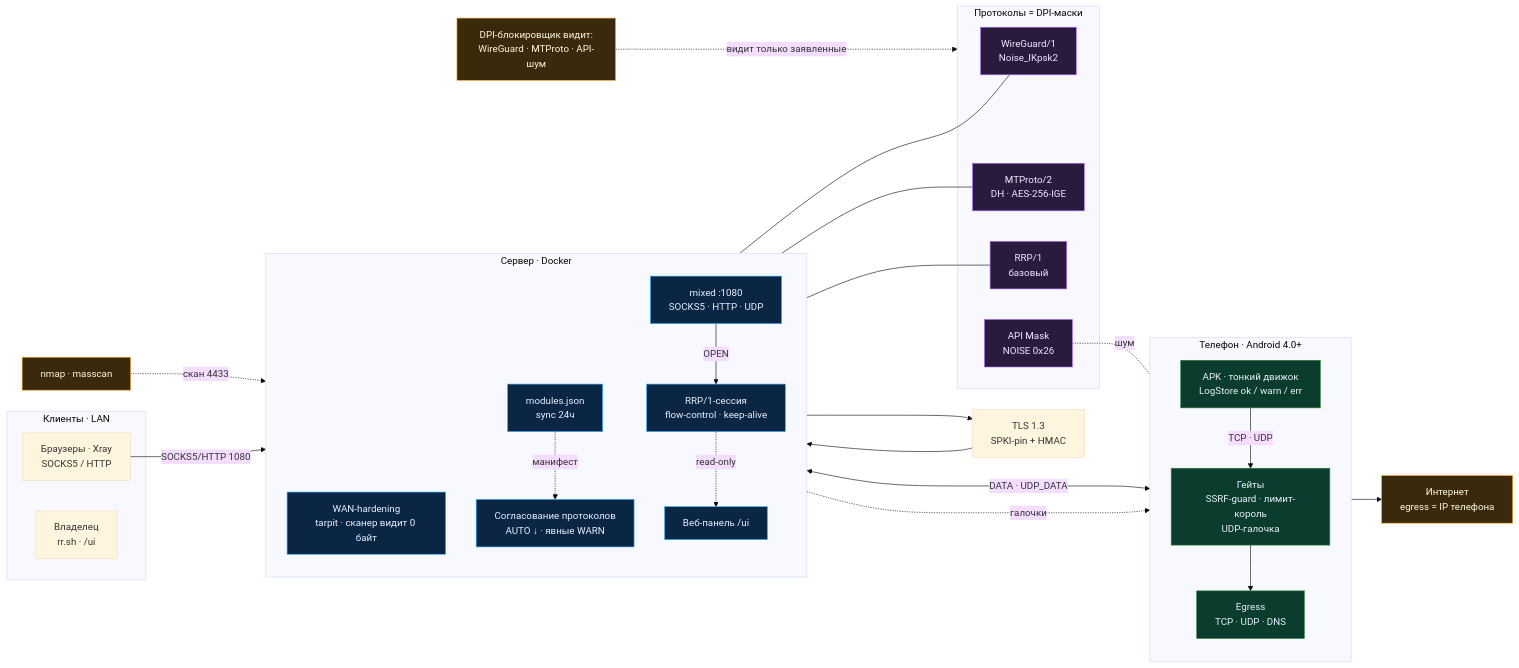
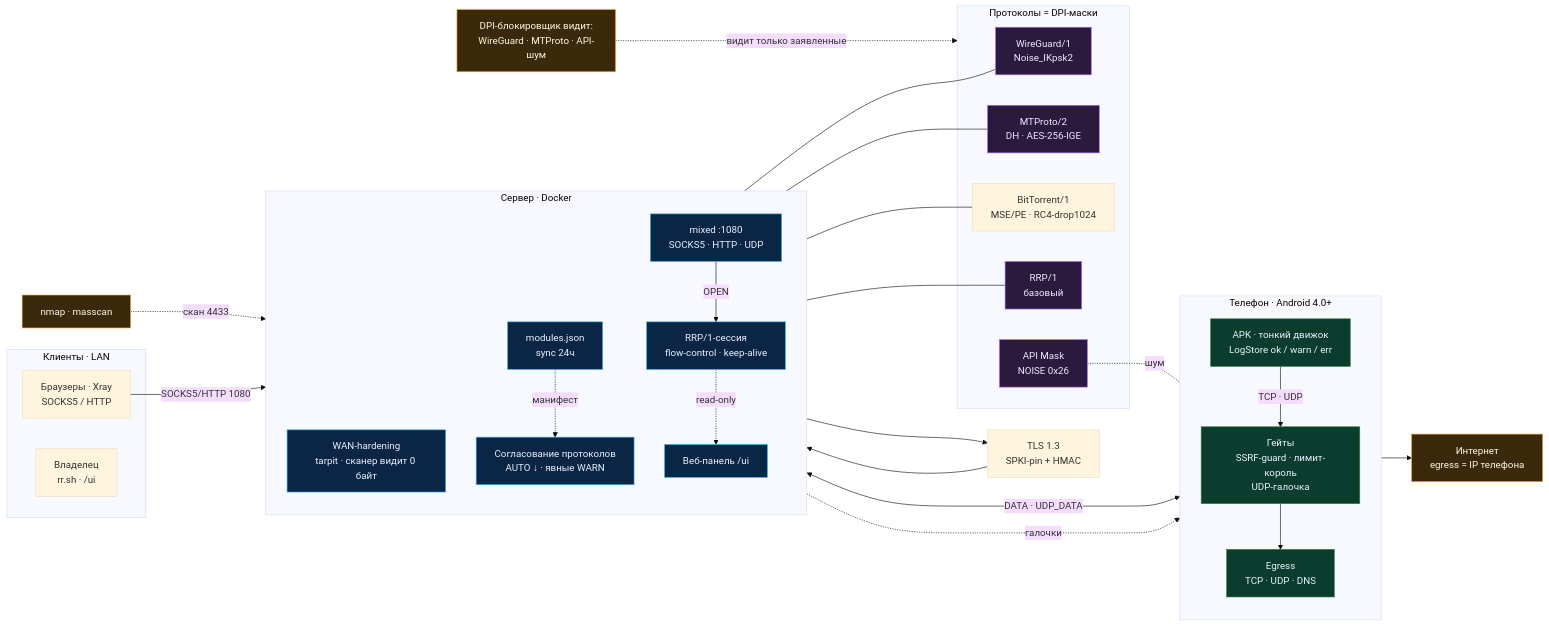
One commit to stelgen/reverseray changed the first of 2 diagrams in README.md. Above: the diagram before and after it, drawn with Mermaid (base theme). The commit also changed other lines of this file and 28 other files, not shown here.

````diff
--- a/README.md
+++ b/README.md
@@ -72,55 +73,57 @@
 ```mermaid
 flowchart LR
     subgraph LAN["Клиенты · LAN"]
         APPS["Браузеры · Xray<br/>SOCKS5 / HTTP"]
         ADMIN["Владелец<br/>rr.sh · /ui"]
     end
     subgraph VPS["Сервер · Docker"]
         direction TB
         HARD["WAN-hardening<br/>tarpit · сканер видит 0 байт"]
         MIXED["mixed :1080<br/>SOCKS5 · HTTP · UDP"]
         NEG["Согласование протоколов<br/>AUTO ↓ · явные WARN"]
         RRP["RRP/1-сессия<br/>flow-control · keep-alive"]
         SYNC["modules.json<br/>sync 24ч"]
         UI["Веб-панель /ui"]
     end
     subgraph PHONE["Телефон · Android 4.0+"]
         direction TB
         APK["APK · тонкий движок<br/>LogStore ok / warn / err"]
         GATE["Гейты<br/>SSRF-guard · лимит-король<br/>UDP-галочка"]
         EGRESS["Egress<br/>TCP · UDP · DNS"]
     end
     subgraph MASKS["Протоколы = DPI-маски"]
         WG["WireGuard/1<br/>Noise_IKpsk2"]
         MT["MTProto/2<br/>DH · AES-256-IGE"]
+        BT["BitTorrent/1<br/>MSE/PE · RC4-drop1024"]
         R1["RRP/1<br/>базовый"]
         NOISE["API Mask<br/>NOISE 0x26"]
     end
     DPI["DPI-блокировщик видит:<br/>WireGuard · MTProto · API-шум"]
     SCAN["nmap · masscan"]
     NET["Интернет<br/>egress = IP телефона"]
     SCAN -."скан 4433" .-> HARD
     APPS -- "SOCKS5/HTTP 1080" --> MIXED
     MIXED -- "OPEN" --> RRP
     RRP -- "DATA · UDP_DATA" <--> APK
     APK -- "TCP · UDP" --> GATE
     GATE --> EGRESS --> NET
     P2["TLS 1.3<br/>SPKI-pin + HMAC"]
     HARD --> P2 --> NEG
     NEG --- WG
     NEG --- MT
+    NEG --- BT
     NEG --- R1
     NOISE -."шум" .- APK
     SYNC -."манифест" .-> NEG
     SYNC -."галочки" .-> APK
     RRP -."read-only" .-> UI
     DPI -."видит только заявленные" .-> MASKS
     classDef vps fill:#0b2545,stroke:#35B6FF,color:#EAF2FF
     classDef phone fill:#0b3d2e,stroke:#2E7D32,color:#EAF2FF
     classDef mask fill:#2a1a3e,stroke:#B26BFF,color:#F2EAFF
     classDef net fill:#3a2a0b,stroke:#F9A825,color:#FFF8E1
     class HARD,MIXED,NEG,RRP,SYNC,UI vps
     class APK,GATE,EGRESS phone
     class WG,MT,R1,NOISE mask
     class NET,DPI,SCAN net
 ```
````
